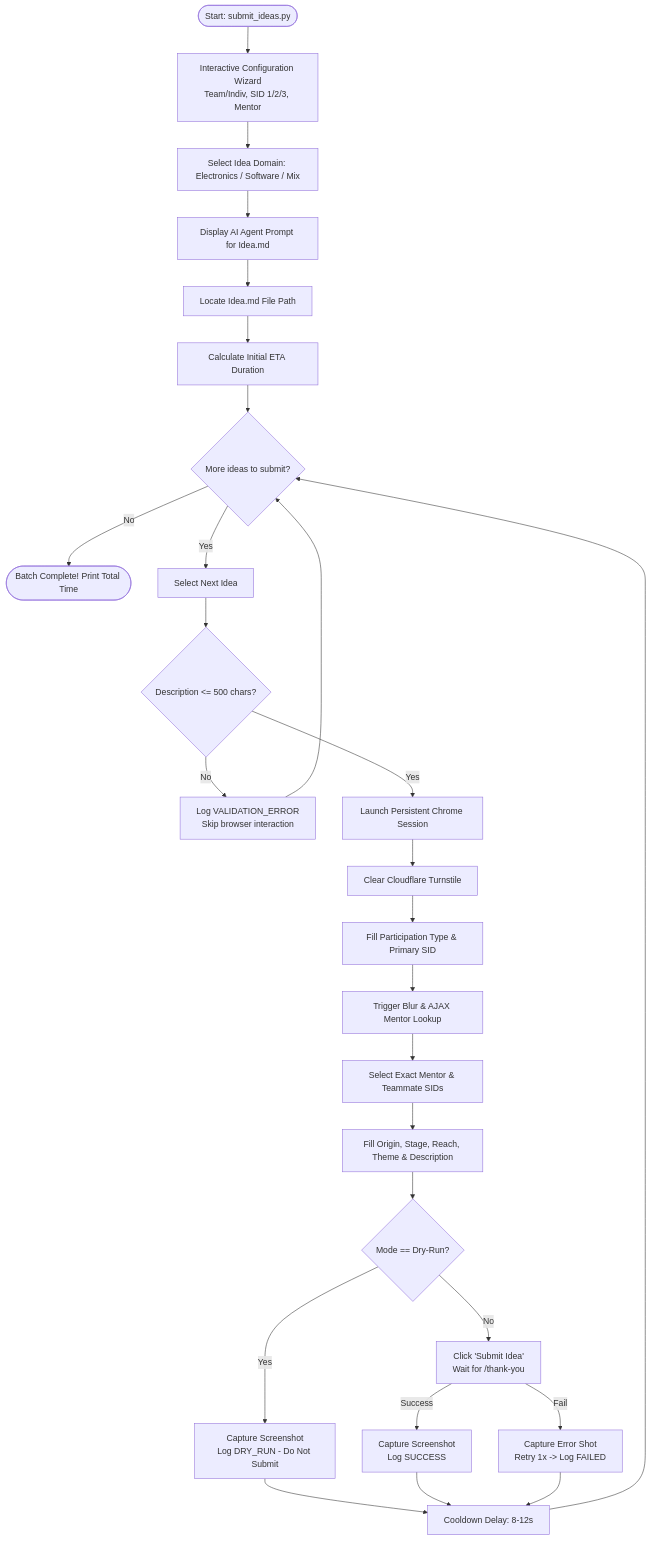
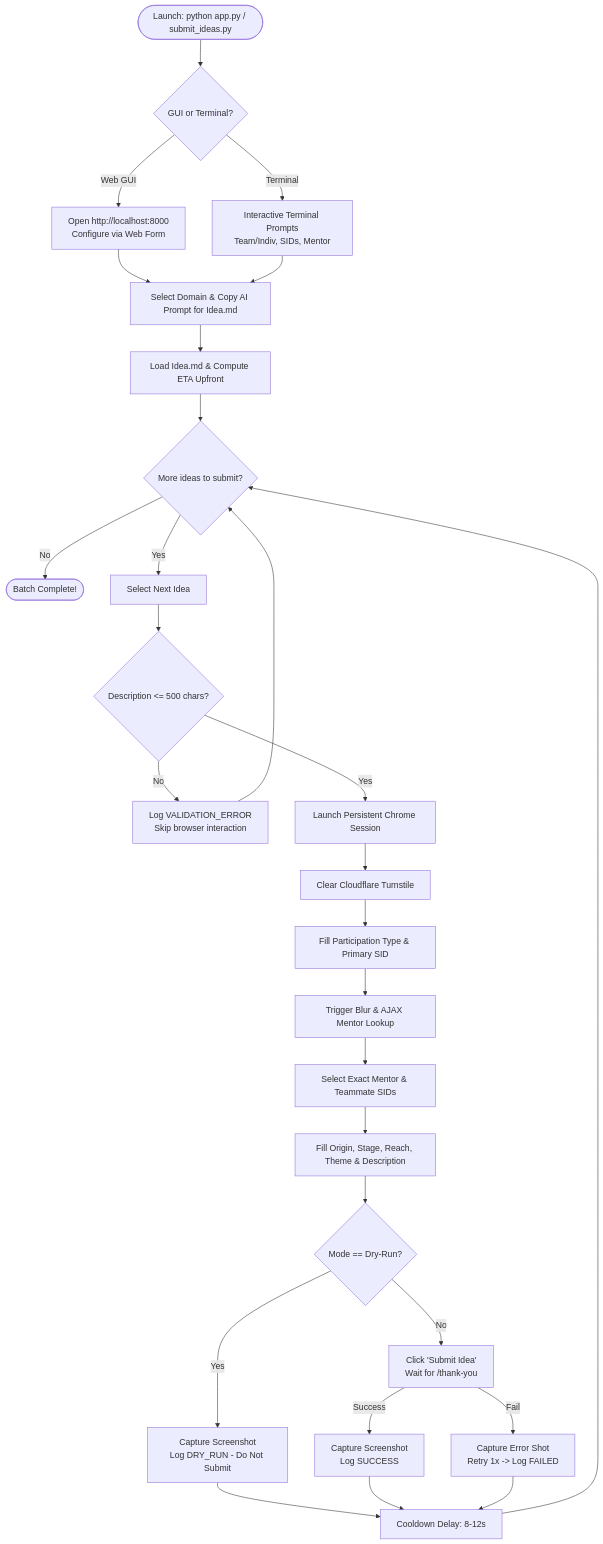
Before and after one commit to rKyzen/Youth-Ideathon-Bot: the diagram in README.md, drawn with Mermaid. The commit also changed other lines of this file and 2 other files, not shown here.

Commit message:
feat: add FastAPI localhost web GUI dashboard with real-time SSE console, idea editor, and AI prompt generator

````diff
--- a/README.md
+++ b/README.md
@@ -61,29 +83,30 @@
 ```mermaid
 flowchart TD
-    A([Start: submit_ideas.py]) --> B[Interactive Configuration Wizard\nTeam/Indiv, SID 1/2/3, Mentor]
-    B --> C[Select Idea Domain: Electronics / Software / Mix]
-    C --> D[Display AI Agent Prompt for Idea.md]
-    D --> E[Locate Idea.md File Path]
-    E --> F[Calculate Initial ETA Duration]
+    A([Launch: python app.py / submit_ideas.py]) --> B{GUI or Terminal?}
+    B -- Web GUI --> C[Open http://localhost:8000\nConfigure via Web Form]
+    B -- Terminal --> D[Interactive Terminal Prompts\nTeam/Indiv, SIDs, Mentor]
+    C --> E[Select Domain & Copy AI Prompt for Idea.md]
+    D --> E
+    E --> F[Load Idea.md & Compute ETA Upfront]
     F --> G{More ideas to submit?}
-    G -- No --> Z([Batch Complete! Print Total Time])
+    G -- No --> Z([Batch Complete!])
     G -- Yes --> H[Select Next Idea]
     H --> I{Description <= 500 chars?}
     I -- No --> J[Log VALIDATION_ERROR\nSkip browser interaction]
     J --> G
     I -- Yes --> K[Launch Persistent Chrome Session]
     K --> L[Clear Cloudflare Turnstile]
     L --> M[Fill Participation Type & Primary SID]
     M --> N[Trigger Blur & AJAX Mentor Lookup]
     N --> O[Select Exact Mentor & Teammate SIDs]
     O --> P[Fill Origin, Stage, Reach, Theme & Description]
     P --> Q{Mode == Dry-Run?}
     Q -- Yes --> R[Capture Screenshot\nLog DRY_RUN - Do Not Submit]
     R --> U[Cooldown Delay: 8-12s]
     Q -- No --> S[Click 'Submit Idea'\nWait for /thank-you]
     S -- Success --> T[Capture Screenshot\nLog SUCCESS]
     S -- Fail --> V[Capture Error Shot\nRetry 1x -> Log FAILED]
     T --> U
     V --> U
     U --> G
 ```
````
